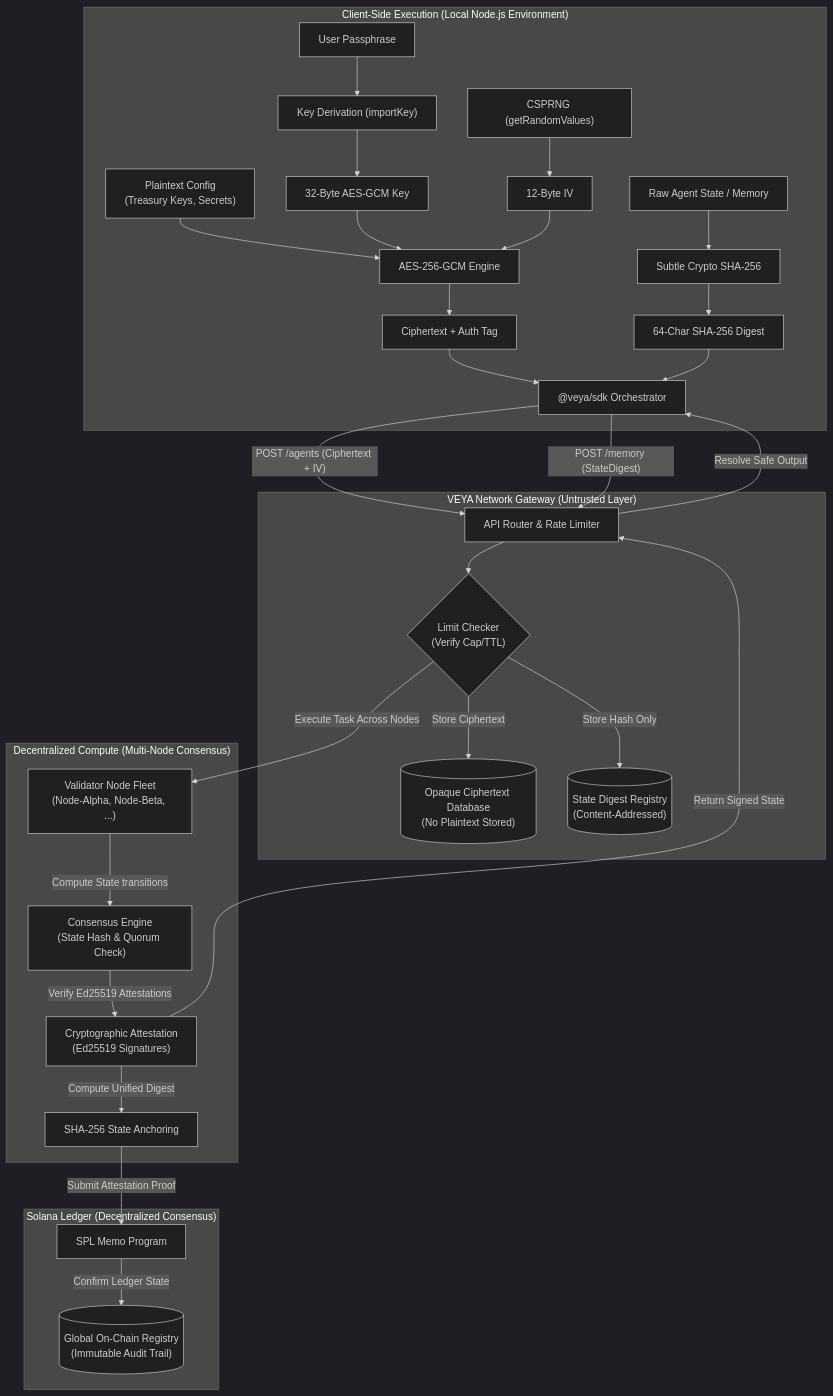
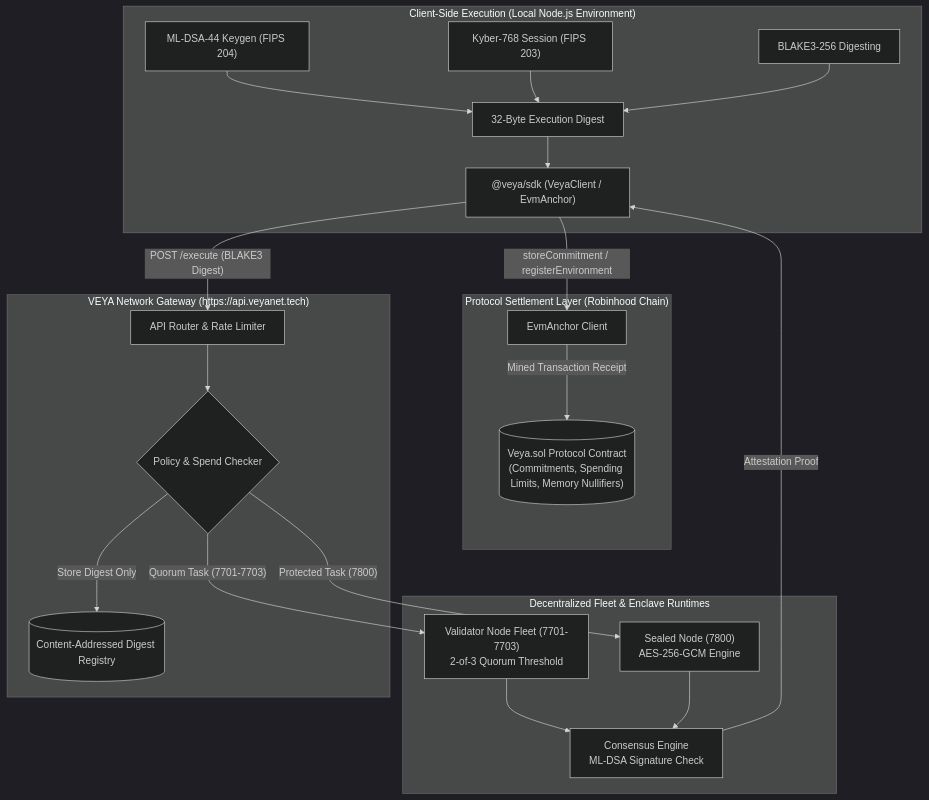
Before and after one commit to veyanet/veya-sdk: the diagram in README.md, drawn with Mermaid (dark theme). The commit also changed other lines of this file, not shown here.

Commit message:
docs: rewrite root readme for robinhood chain sdk

````diff
--- a/README.md
+++ b/README.md
@@ -79,81 +81,52 @@
 ```mermaid
 flowchart TB
     subgraph ClientSpace["Client-Side Execution (Local Node.js Environment)"]
-        UserSecret["User Passphrase"]
-        KDF["Key Derivation (importKey)"]
-        AESKey["32-Byte AES-GCM Key"]
-        IVGen["CSPRNG (getRandomValues)"]
-        IV["12-Byte IV"]
+        PQGen["ML-DSA-44 Keygen (FIPS 204)"]
+        KyberGen["Kyber-768 Session (FIPS 203)"]
+        BLAKE3Engine["BLAKE3-256 Digesting"]
+        StateDigest["32-Byte Execution Digest"]
         
-        ConfigPlain["Plaintext Config\n(Treasury Keys, Secrets)"]
-        EncryptEngine["AES-256-GCM Engine"]
-        Ciphertext["Ciphertext + Auth Tag"]
-        
-        MemoryPlain["Raw Agent State / Memory"]
-        HashEngine["Subtle Crypto SHA-256"]
-        StateDigest["64-Char SHA-256 Digest"]
-        
-        SDK["@veya/sdk Orchestrator"]
+        SDK["@veya/sdk (VeyaClient / EvmAnchor)"]
     end
 
-    subgraph APIBoundary["VEYA Network Gateway (Untrusted Layer)"]
+    subgraph APIBoundary["VEYA Network Gateway (https://api.veyanet.tech)"]
         Gateway["API Router & Rate Limiter"]
-        LimitCheck{"Limit Checker\n(Verify Cap/TTL)"}
-        CipherDB[("Opaque Ciphertext Database\n(No Plaintext Stored)")]
-        MemoryDB[("State Digest Registry\n(Content-Addressed)")]
+        PolicyCheck{"Policy & Spend Checker"}
+        StateDB[("Content-Addressed Digest Registry")]
     end
 
-    subgraph ComputeBoundary["Decentralized Compute (Multi-Node Consensus)"]
-        ValidatorFleet["Validator Node Fleet\n(Node-Alpha, Node-Beta, ...)"]
-        StateConsensus["Consensus Engine\n(State Hash & Quorum Check)"]
-        SigVerify["Cryptographic Attestation\n(Ed25519 Signatures)"]
-        ProofGen["SHA-256 State Anchoring"]
+    subgraph ComputeBoundary["Decentralized Fleet & Enclave Runtimes"]
+        ValidatorFleet["Validator Node Fleet (7701-7703)\n2-of-3 Quorum Threshold"]
+        SealedNode["Sealed Node (7800)\nAES-256-GCM Engine"]
+        ConsensusEngine["Consensus Engine\nML-DSA Signature Check"]
     end
 
-    subgraph Blockchain["Solana Ledger (Decentralized Consensus)"]
-        SPLMemo["SPL Memo Program"]
-        SolanaLedger[("Global On-Chain Registry\n(Immutable Audit Trail)")]
+    subgraph Blockchain["Protocol Settlement Layer (Robinhood Chain)"]
+        EvmAnchor["EvmAnchor Client"]
+        ProtocolContract[("Veya.sol Protocol Contract\n(Commitments, Spending Limits, Memory Nullifiers)")]
     end
 
-    %% Key Derivation Setup
-    UserSecret --> KDF
-    KDF --> AESKey
-    IVGen --> IV
-
-    %% Encryption Flow
-    ConfigPlain --> EncryptEngine
-    AESKey --> EncryptEngine
-    IV --> EncryptEngine
-    EncryptEngine --> Ciphertext
-
-    %% Memory Hashing Flow
-    MemoryPlain --> HashEngine
-    HashEngine --> StateDigest
+    %% Cryptographic Setup
+    PQGen --> StateDigest
+    KyberGen --> StateDigest
+    BLAKE3Engine --> StateDigest
 
     %% SDK Dispatch
-    Ciphertext --> SDK
     StateDigest --> SDK
     
     %% API Requests
-    SDK -->|"POST /agents (Ciphertext + IV)"| Gateway
-    SDK -->|"POST /memory (StateDigest)"| Gateway
-    
-    %% Gateway Verification & Storage
-    Gateway --> LimitCheck
-    LimitCheck -->|"Store Ciphertext"| CipherDB
-    LimitCheck -->|"Store Hash Only"| MemoryDB
+    SDK -->|"POST /execute (BLAKE3 Digest)"| Gateway
+    Gateway --> PolicyCheck
+    PolicyCheck -->|"Store Digest Only"| StateDB
 
-    %% Decentralized Compute Execution Run
-    LimitCheck -->|"Execute Task Across Nodes"| ValidatorFleet
-    ValidatorFleet -->|"Compute State transitions"| StateConsensus
-    StateConsensus -->|"Verify Ed25519 Attestations"| SigVerify
-    SigVerify -->|"Compute Unified Digest"| ProofGen
-    
-    %% Blockchain Anchoring
-    ProofGen -->|"Submit Attestation Proof"| SPLMemo
-    SPLMemo -->|"Confirm Ledger State"| SolanaLedger
-    
-    %% Response Cycle
-    SigVerify -->|"Return Signed State"| Gateway
-    Gateway -->|"Resolve Safe Output"| SDK
+    %% Compute Execution
+    PolicyCheck -->|"Quorum Task (7701-7703)"| ValidatorFleet
+    PolicyCheck -->|"Protected Task (7800)"| SealedNode
+    ValidatorFleet --> ConsensusEngine
+    SealedNode --> ConsensusEngine
+
+    %% Settlement
+    ConsensusEngine -->|"Attestation Proof"| SDK
+    SDK -->|"storeCommitment / registerEnvironment"| EvmAnchor
+    EvmAnchor -->|"Mined Transaction Receipt"| ProtocolContract
 ```
````
